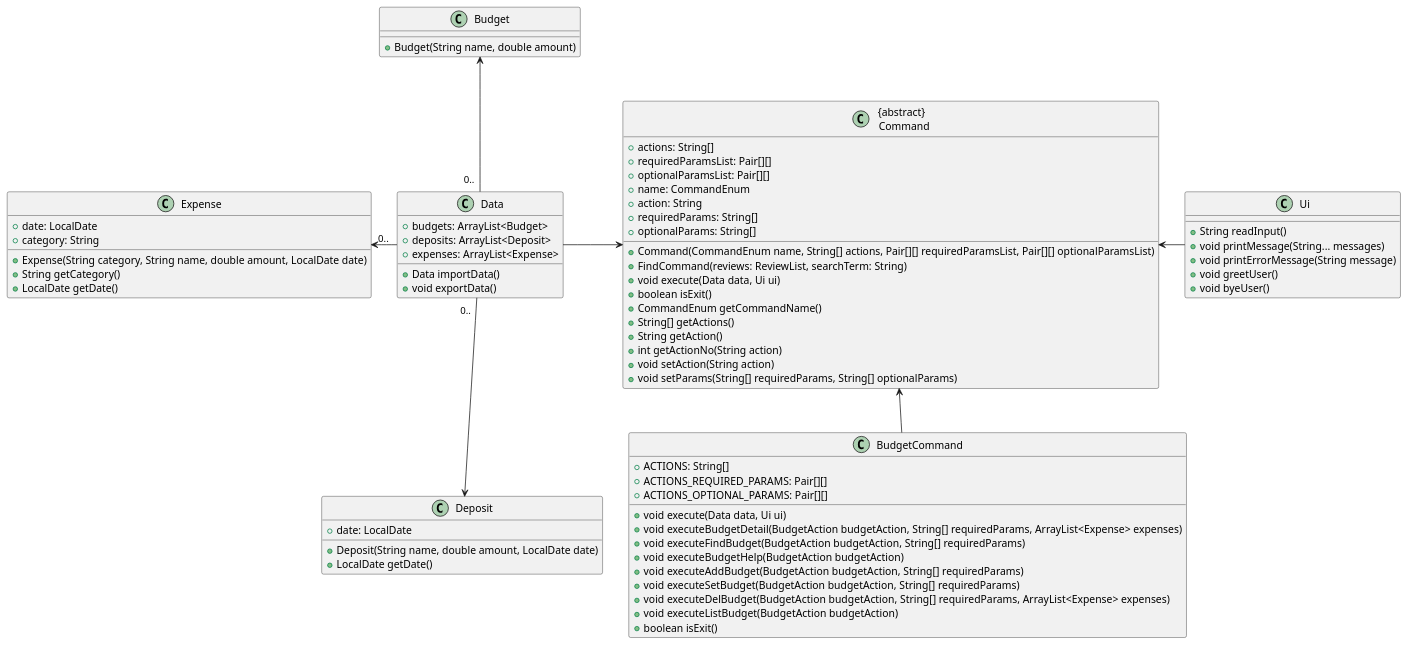
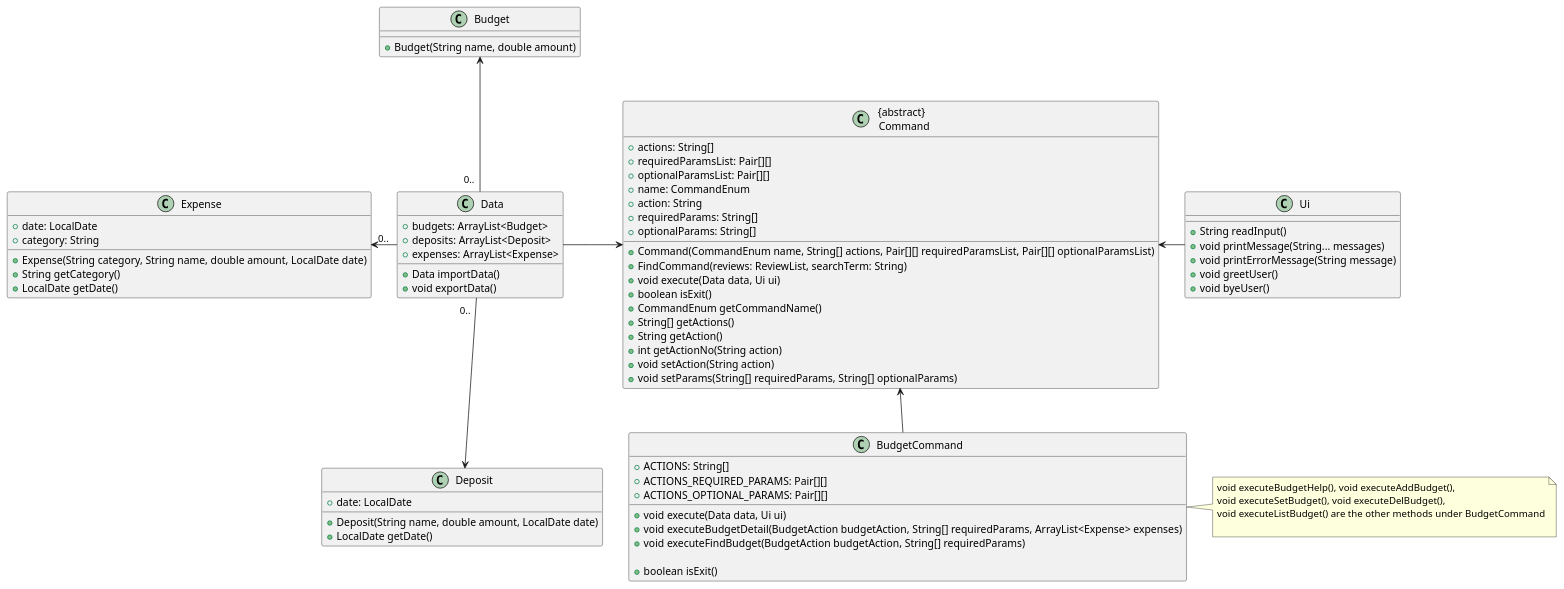
The diagram in docs/uml/BudgetCommand.puml (stephenkyang/tp), drawn with PlantUML before and after one commit.

Commit message:
make budget command class diagram neat

```diff
--- a/docs/uml/BudgetCommand.puml
+++ b/docs/uml/BudgetCommand.puml
@@ -1,93 +1,100 @@
 @startuml
+
+
 
 
 class "{abstract} \n Command"  {
          +actions: String[]
          +requiredParamsList: Pair[][]
          +optionalParamsList: Pair[][]
          +name: CommandEnum
          +action: String
          +requiredParams: String[]
          +optionalParams: String[]
 
          +Command(CommandEnum name, String[] actions, Pair[][] requiredParamsList, Pair[][] optionalParamsList)
          +FindCommand(reviews: ReviewList, searchTerm: String)
          +void execute(Data data, Ui ui)
          +boolean isExit()
          +CommandEnum getCommandName()
             +String[] getActions()
             +String getAction()
             +int getActionNo(String action)
             +void setAction(String action)
             +void setParams(String[] requiredParams, String[] optionalParams)
 
 }
 
 
 class BudgetCommand {
     +ACTIONS: String[]
     +ACTIONS_REQUIRED_PARAMS: Pair[][]
     +ACTIONS_OPTIONAL_PARAMS: Pair[][]
      +void execute(Data data, Ui ui)
      +void executeBudgetDetail(BudgetAction budgetAction, String[] requiredParams, ArrayList<Expense> expenses)
+
+
      +void executeFindBudget(BudgetAction budgetAction, String[] requiredParams)
-     +void executeBudgetHelp(BudgetAction budgetAction)
-     +void executeAddBudget(BudgetAction budgetAction, String[] requiredParams)
-     +void executeSetBudget(BudgetAction budgetAction, String[] requiredParams)
-     +void executeDelBudget(BudgetAction budgetAction, String[] requiredParams, ArrayList<Expense> expenses)
-     +void executeListBudget(BudgetAction budgetAction)
+
      +boolean isExit()
 }
+
+note right
+ void executeBudgetHelp(), void executeAddBudget(),
+ void executeSetBudget(), void executeDelBudget(),
+ void executeListBudget() are the other methods under BudgetCommand
+
+end note
 
 class Data {
 + budgets: ArrayList<Budget>
 + deposits: ArrayList<Deposit>
 + expenses: ArrayList<Expense>
 + Data importData()
 + void exportData()
 
 }
 
 class Ui {
 + String readInput()
 + void printMessage(String... messages)
 + void printErrorMessage(String message)
 + void greetUser()
 + void byeUser()
 }
 
 class Budget {
     +Budget(String name, double amount)
 }
 
 class Expense {
     +date: LocalDate
     +category: String
     +Expense(String category, String name, double amount, LocalDate date)
     +String getCategory()
     +LocalDate getDate()
 }
 
 class Deposit {
     +date: LocalDate
     +Deposit(String name, double amount, LocalDate date)
     +LocalDate getDate()
 }
 
 
 
 
 
 
 "{abstract} \n Command" <-down- BudgetCommand
 "{abstract} \n Command" <-right- Ui
 "{abstract} \n Command" <-left- Data
 
 
 "Budget" <-down-"\n0..  " Data
 "Expense" <-right "0.. "Data
 "Deposit" <-up-"0..  " Data
 
 
 
 @enduml
```
